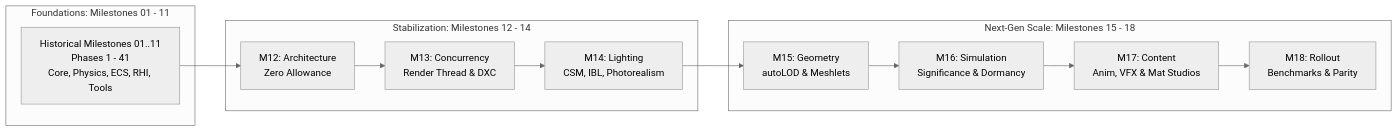
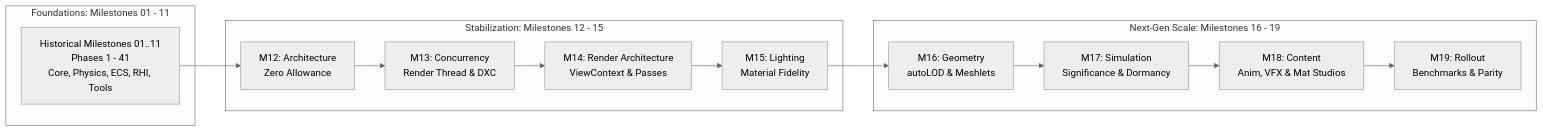
The diagram in ROADMAP.md (nguyenphong0210/AxleEngine), drawn with Mermaid (neutral theme) before and after one commit. The commit also changed other lines of this file and 27 other files, not shown here.

Commit message:
docs(roadmap): split render architecture into milestone 14

````diff
--- a/ROADMAP.md
+++ b/ROADMAP.md
@@ -37,22 +38,23 @@
 ```mermaid
 flowchart LR
     subgraph Era1 ["Foundations: Milestones 01 - 11"]
         M01_11["Historical Milestones 01..11<br/>Phases 1 - 41<br/>Core, Physics, ECS, RHI, Tools"]
     end
 
-    subgraph Era2 ["Stabilization: Milestones 12 - 14"]
+    subgraph Era2 ["Stabilization: Milestones 12 - 15"]
         M12["M12: Architecture<br/>Zero Allowance"]
         M13["M13: Concurrency<br/>Render Thread & DXC"]
-        M14["M14: Lighting<br/>CSM, IBL, Photorealism"]
+        M14["M14: Render Architecture<br/>ViewContext & Passes"]
+        M15["M15: Lighting<br/>Material Fidelity"]
     end
 
-    subgraph Era3 ["Next-Gen Scale: Milestones 15 - 18"]
-        M15["M15: Geometry<br/>autoLOD & Meshlets"]
-        M16["M16: Simulation<br/>Significance & Dormancy"]
-        M17["M17: Content<br/>Anim, VFX & Mat Studios"]
-        M18["M18: Rollout<br/>Benchmarks & Parity"]
+    subgraph Era3 ["Next-Gen Scale: Milestones 16 - 19"]
+        M16["M16: Geometry<br/>autoLOD & Meshlets"]
+        M17["M17: Simulation<br/>Significance & Dormancy"]
+        M18["M18: Content<br/>Anim, VFX & Mat Studios"]
+        M19["M19: Rollout<br/>Benchmarks & Parity"]
     end
 
-    M01_11 --> M12 --> M13 --> M14 --> M15 --> M16 --> M17 --> M18
+    M01_11 --> M12 --> M13 --> M14 --> M15 --> M16 --> M17 --> M18 --> M19
 
 ```
````
